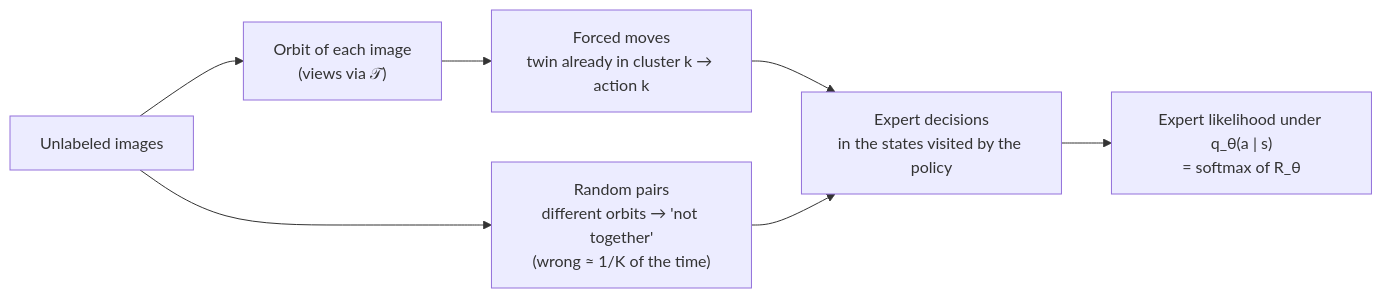
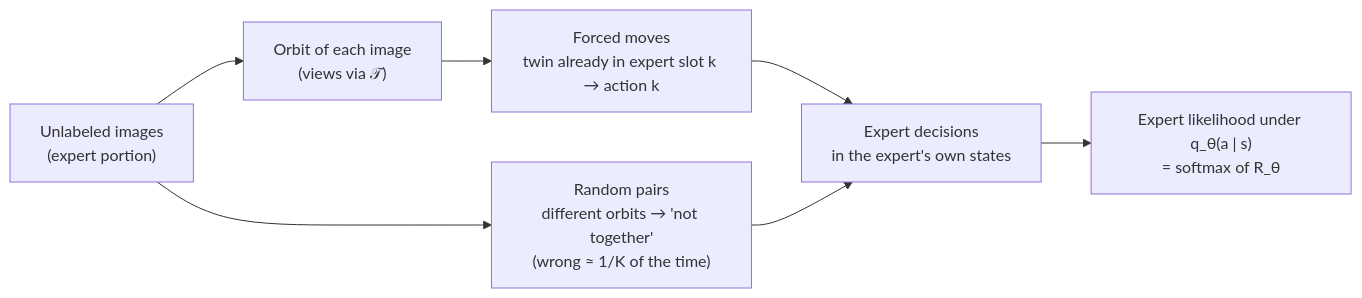
The second of 2 diagrams in README.md (Josh012006/CIB-IRL), drawn with Mermaid before and after one commit. The commit also changed other lines of this file, not shown here.

Commit message:
Adding more precise details about the expert trajectories.

````diff
--- a/README.md
+++ b/README.md
@@ -291,9 +303,9 @@
 ```mermaid
 flowchart LR
-    X["Unlabeled images"] --> O["Orbit of each image<br/>(views via 𝒯)"]
-    O --> F["Forced moves<br/>twin already in cluster k → action k"]
+    X["Unlabeled images<br/>(expert portion)"] --> O["Orbit of each image<br/>(views via 𝒯)"]
+    O --> F["Forced moves<br/>twin already in expert slot k → action k"]
     X --> N["Random pairs<br/>different orbits → 'not together'<br/>(wrong ≈ 1/K of the time)"]
-    F --> E["Expert decisions<br/>in the states visited by the policy"]
+    F --> E["Expert decisions<br/>in the expert's own states"]
     N --> E
     E --> L["Expert likelihood under q_θ(a | s)<br/>= softmax of R_θ"]
 ```
````
